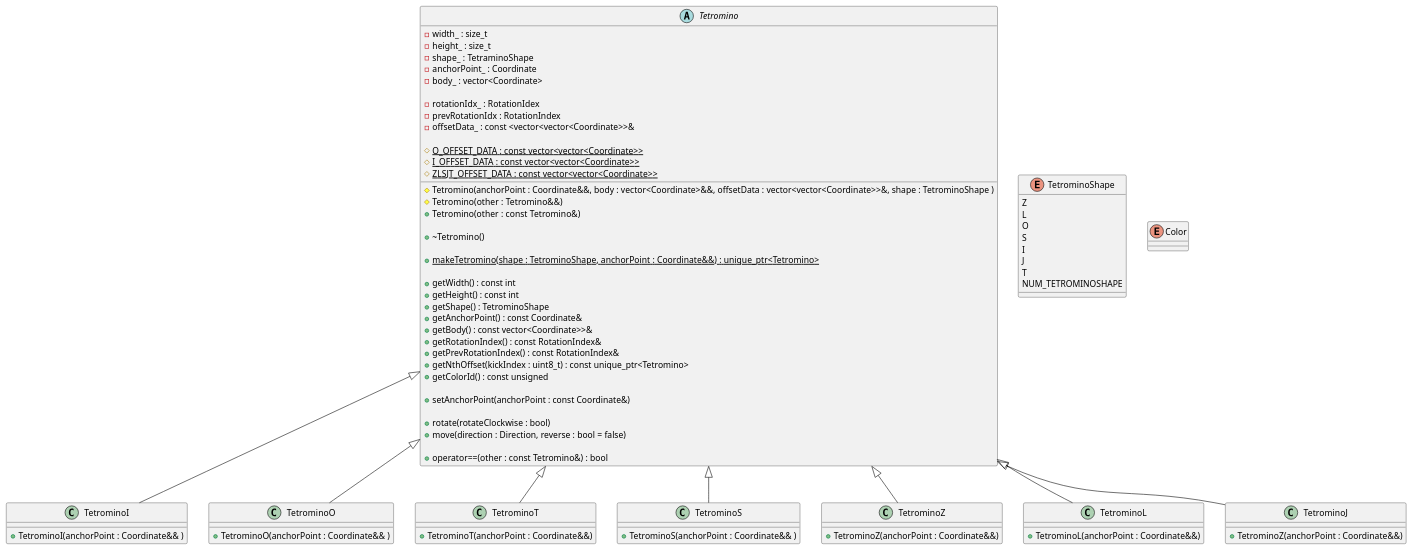
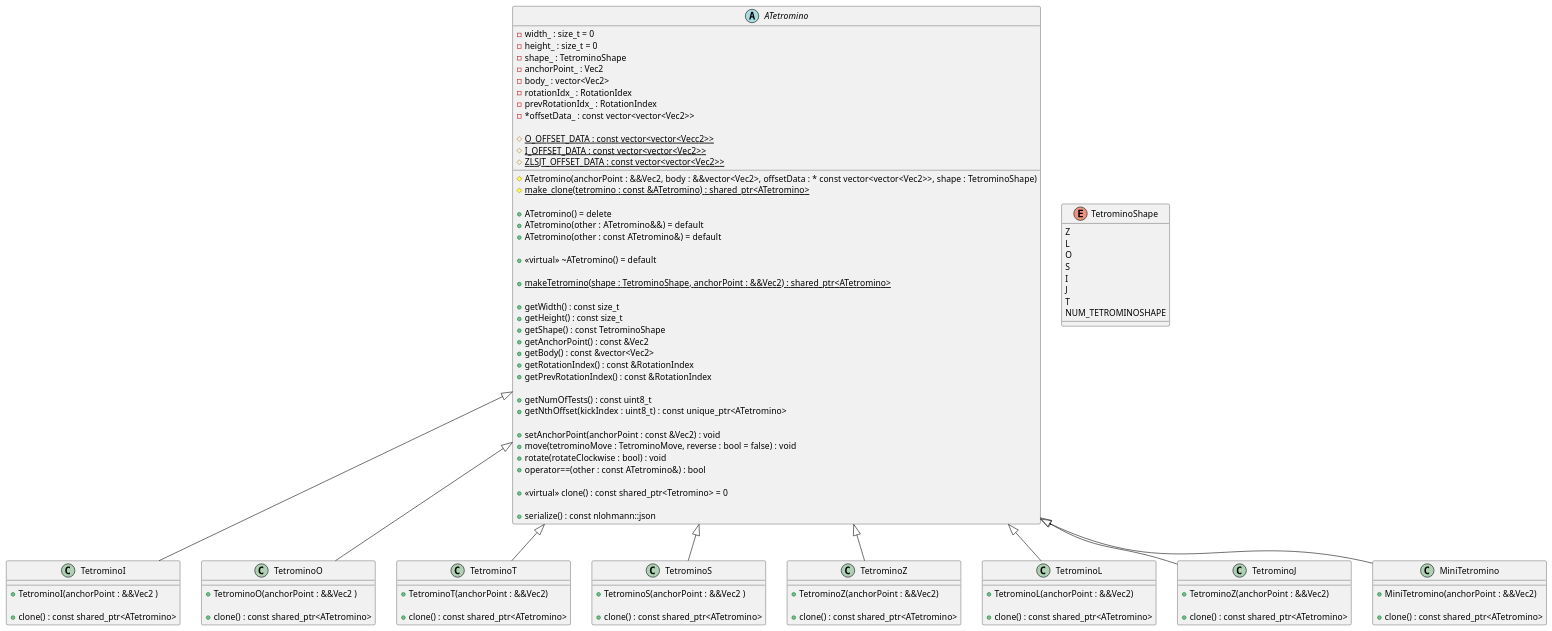
Before and after one commit to ulb-info2-group5/Royal-Blocks: the diagram in doc/uml/class/game/tetris_lib/TetrominoesClass.plantuml, drawn with PlantUML. The commit also changed 20 other files, not shown here.

Commit message:
update some class diagram in tetris_lib, changing the the bash script

```diff
--- a/doc/uml/class/game/tetris_lib/TetrominoesClass.plantuml
+++ b/doc/uml/class/game/tetris_lib/TetrominoesClass.plantuml
@@ -1,121 +1,132 @@
-@startuml (id=Tetromino)
+@startuml (id=ATetromino)
 
 ' skinparam class {
     '     BackgroundColor AntiqueWhite
     '}
 
 
-abstract class Tetromino {
-    - width_ : size_t
-    - height_ : size_t
-    - shape_ : TetraminoShape
-    - anchorPoint_ : Coordinate
-    - body_ : vector<Coordinate>
-
+abstract class ATetromino {
+    - width_ : size_t = 0
+    - height_ : size_t = 0
+    - shape_ : TetrominoShape
+    - anchorPoint_ : Vec2
+    - body_ : vector<Vec2>
     '----SRS----'
     -rotationIdx_ : RotationIdex
-    -prevRotationIdx : RotationIndex
-    -offsetData_ : const <vector<vector<Coordinate>>&
+    -prevRotationIdx_ : RotationIndex
+    -*offsetData_ : const vector<vector<Vec2>>
 
     '----kick data----'
-    # {static} O_OFFSET_DATA : const vector<vector<Coordinate>>
-    # {static} I_OFFSET_DATA : const vector<vector<Coordinate>>
-    # {static} ZLSJT_OFFSET_DATA : const vector<vector<Coordinate>>
+    # {static} O_OFFSET_DATA : const vector<vector<Vecc2>>
+    # {static} I_OFFSET_DATA : const vector<vector<Vec2>>
+    # {static} ZLSJT_OFFSET_DATA : const vector<vector<Vec2>>
 
-    '----Constructor----'
-    # Tetromino(anchorPoint : Coordinate&&, body : vector<Coordinate>&&, offsetData : vector<vector<Coordinate>>&, shape : TetrominoShape )
-    # Tetromino(other : Tetromino&&)
-    + Tetromino(other : const Tetromino&)
+
+    # ATetromino(anchorPoint : &&Vec2, body : &&vector<Vec2>, offsetData : * const vector<vector<Vec2>>, shape : TetrominoShape)
+    # {static} make_clone(tetromino : const &ATetromino) : shared_ptr<ATetromino>
+
+    + ATetromino() = delete
+    + ATetromino(other : ATetromino&&) = default
+    + ATetromino(other : const ATetromino&) = default
 
     '----Destructor----'
-    + ~Tetromino()
+    + <<virtual>> ~ATetromino() = default
 
     '----Factory----'
-    + {static} makeTetromino(shape : TetrominoShape, anchorPoint : Coordinate&&) : unique_ptr<Tetromino>
+    + {static} makeTetromino(shape : TetrominoShape, anchorPoint : &&Vec2) : shared_ptr<ATetromino>
 
     '----Getters----'
-    + getWidth() : const int
-    + getHeight() : const int
-    + getShape() : TetrominoShape
-    + getAnchorPoint() : const Coordinate&
-    + getBody() : const vector<Coordinate>>&
-    + getRotationIndex() : const RotationIndex&
-    + getPrevRotationIndex() : const RotationIndex&
-    '+ getNumOfTests() : uint8_t'
-    + getNthOffset(kickIndex : uint8_t) : const unique_ptr<Tetromino>
-    + getColorId() : const unsigned
+    + getWidth() : const size_t
+    + getHeight() : const size_t
+    + getShape() : const TetrominoShape
+    + getAnchorPoint() : const &Vec2   
+    + getBody() : const &vector<Vec2>
+    + getRotationIndex() : const &RotationIndex
+    + getPrevRotationIndex() : const &RotationIndex
+
+    + getNumOfTests() : const uint8_t
+    + getNthOffset(kickIndex : uint8_t) : const unique_ptr<ATetromino>
 
     '----Setters----'
-    + setAnchorPoint(anchorPoint : const Coordinate&)
+    + setAnchorPoint(anchorPoint : const &Vec2) : void
+    + move(tetrominoMove : TetrominoMove, reverse : bool = false) : void
+    + rotate(rotateClockwise : bool) : void
 
     '----Action----'
-    + rotate(rotateClockwise : bool)
-    + move(direction : Direction, reverse : bool = false)
 
     '----Comparisons----'
-    + operator==(other : const Tetromino&) : bool
+    + operator==(other : const ATetromino&) : bool
+
+    + <<virtual>> clone() : const shared_ptr<Tetromino> = 0
+
+    + serialize() : const nlohmann::json
     
 }
 
 
 enum TetrominoShape {
     Z
     L
     O
     S
     I
     J
     T
     NUM_TETROMINOSHAPE
 }
 
-' enum Direction {
-'     left
-'     right
-'     down
-' }
+class TetrominoI extends ATetromino {
 
+    +TetrominoI(anchorPoint : &&Vec2 )
 
-enum Color {
+    + clone() : const shared_ptr<ATetromino>
+}
+class TetrominoO extends ATetromino {
+
+    +TetrominoO(anchorPoint : &&Vec2 )
+
+    + clone() : const shared_ptr<ATetromino>
 
 }
+class TetrominoT extends ATetromino {
 
+    +TetrominoT(anchorPoint : &&Vec2)
 
-class TetrominoI extends Tetromino {
-
-    +TetrominoI(anchorPoint : Coordinate&& )
-}
-class TetrominoO extends Tetromino {
-
-    +TetrominoO(anchorPoint : Coordinate&& )
-
-}
-class TetrominoT extends Tetromino {
-
-    +TetrominoT(anchorPoint : Coordinate&&)
+    + clone() : const shared_ptr<ATetromino>
 }
 
-class TetrominoS extends Tetromino {
+class TetrominoS extends ATetromino {
 
-    +TetrominoS(anchorPoint : Coordinate&& )
+    +TetrominoS(anchorPoint : &&Vec2 )
+
+    + clone() : const shared_ptr<ATetromino>
 }
 
-class TetrominoZ extends Tetromino {
+class TetrominoZ extends ATetromino {
 
-    +TetrominoZ(anchorPoint : Coordinate&&)
+    +TetrominoZ(anchorPoint : &&Vec2)
+
+    + clone() : const shared_ptr<ATetromino>
 }
 
-class TetrominoL extends Tetromino {
+class TetrominoL extends ATetromino {
 
-    +TetrominoL(anchorPoint : Coordinate&&)
+    +TetrominoL(anchorPoint : &&Vec2)
+
+    + clone() : const shared_ptr<ATetromino>
 }
 
-class TetrominoJ extends Tetromino {
+class TetrominoJ extends ATetromino {
 
-    +TetrominoZ(anchorPoint : Coordinate&&)
+    +TetrominoZ(anchorPoint : &&Vec2)
+
+    + clone() : const shared_ptr<ATetromino>
 }
 
-' Tetromino.-> TetrominoShape : uses
-' Tetromino .-> Direction : uses
+class MiniTetromino extends ATetromino {
+    + MiniTetromino(anchorPoint : &&Vec2)
+
+    + clone() : const shared_ptr<ATetromino>
+}
 
 @enduml
```
